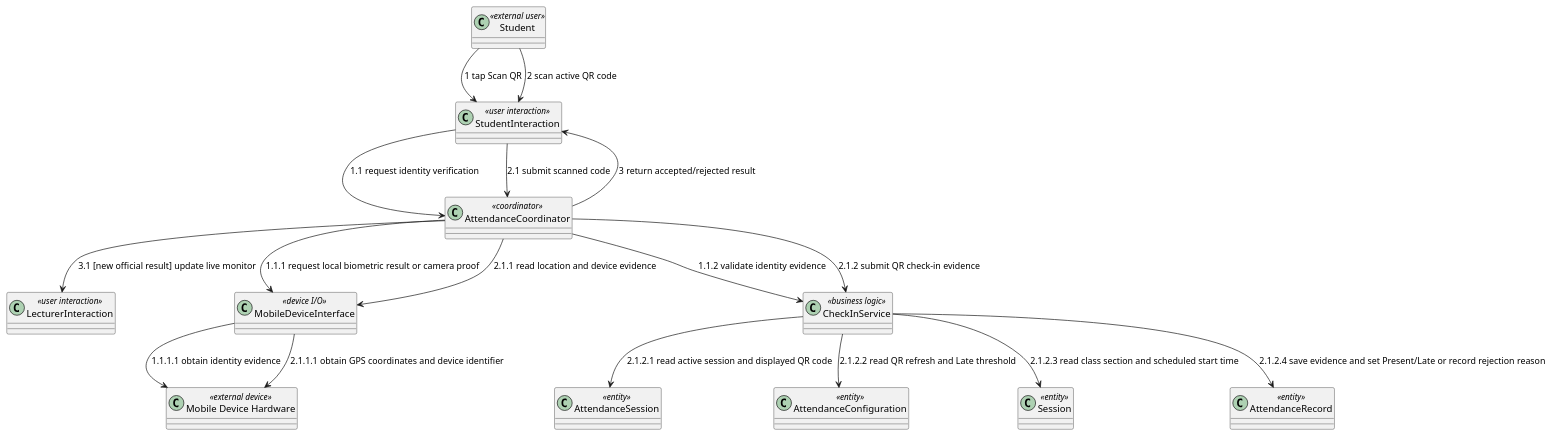
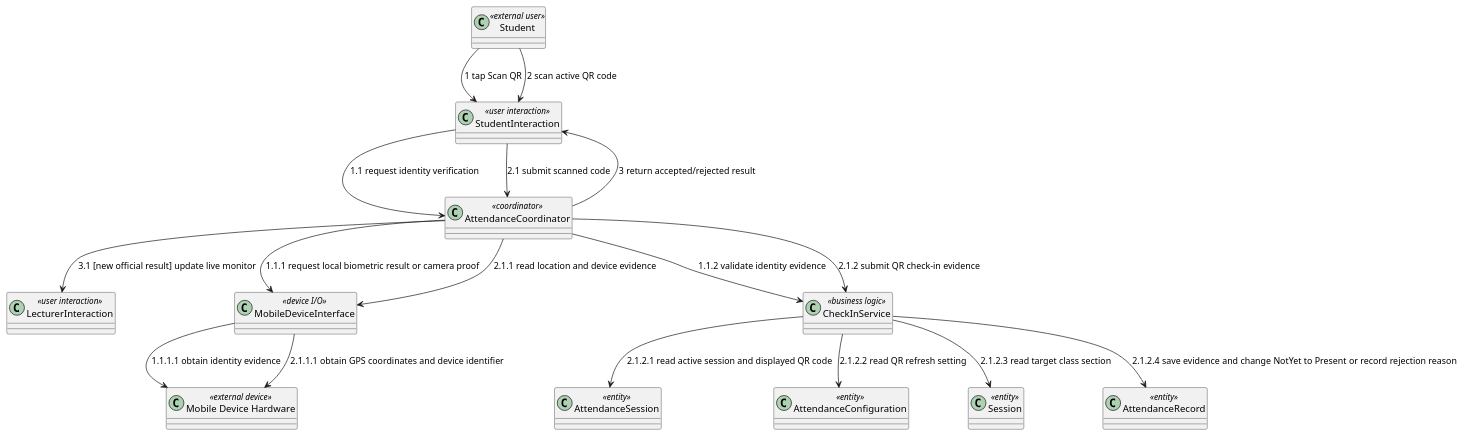
The tenth of 26 diagrams in docs/rds/2_Analysis.md (nttung42/SWD392), drawn with PlantUML before and after one commit. The commit also changed other lines of this file and 2 other files, not shown here.

````diff
--- a/docs/rds/2_Analysis.md
+++ b/docs/rds/2_Analysis.md
@@ -457,32 +455,32 @@
 ```plantuml
 @startuml
 class "Student" as Student <<external user>>
 class "Mobile Device Hardware" as MobileHardware <<external device>>
 class "StudentInteraction" as StudentUI <<user interaction>>
 class "LecturerInteraction" as LecturerUI <<user interaction>>
 class "AttendanceCoordinator" as CheckInControl <<coordinator>>
 class "MobileDeviceInterface" as MobileSensor <<device I/O>>
 class "CheckInService" as AttendanceRules <<business logic>>
 class "AttendanceSession" as AttendanceSession <<entity>>
 class "AttendanceConfiguration" as AttendanceConfig <<entity>>
 class "Session" as Session <<entity>>
 class "AttendanceRecord" as AttendanceRecord <<entity>>
 
 Student --> StudentUI : 1 tap Scan QR
 StudentUI --> CheckInControl : 1.1 request identity verification
 CheckInControl --> MobileSensor : 1.1.1 request local biometric result or camera proof
 MobileSensor --> MobileHardware : 1.1.1.1 obtain identity evidence
 CheckInControl --> AttendanceRules : 1.1.2 validate identity evidence
 Student --> StudentUI : 2 scan active QR code
 StudentUI --> CheckInControl : 2.1 submit scanned code
 CheckInControl --> MobileSensor : 2.1.1 read location and device evidence
 MobileSensor --> MobileHardware : 2.1.1.1 obtain GPS coordinates and device identifier
 CheckInControl --> AttendanceRules : 2.1.2 submit QR check-in evidence
 AttendanceRules --> AttendanceSession : 2.1.2.1 read active session and displayed QR code
-AttendanceRules --> AttendanceConfig : 2.1.2.2 read QR refresh and Late threshold
-AttendanceRules --> Session : 2.1.2.3 read class section and scheduled start time
-AttendanceRules --> AttendanceRecord : 2.1.2.4 save evidence and set Present/Late or record rejection reason
+AttendanceRules --> AttendanceConfig : 2.1.2.2 read QR refresh setting
+AttendanceRules --> Session : 2.1.2.3 read target class section
+AttendanceRules --> AttendanceRecord : 2.1.2.4 save evidence and change NotYet to Present or record rejection reason
 CheckInControl --> StudentUI : 3 return accepted/rejected result
 CheckInControl --> LecturerUI : 3.1 [new official result] update live monitor
 @enduml
 ```
````
